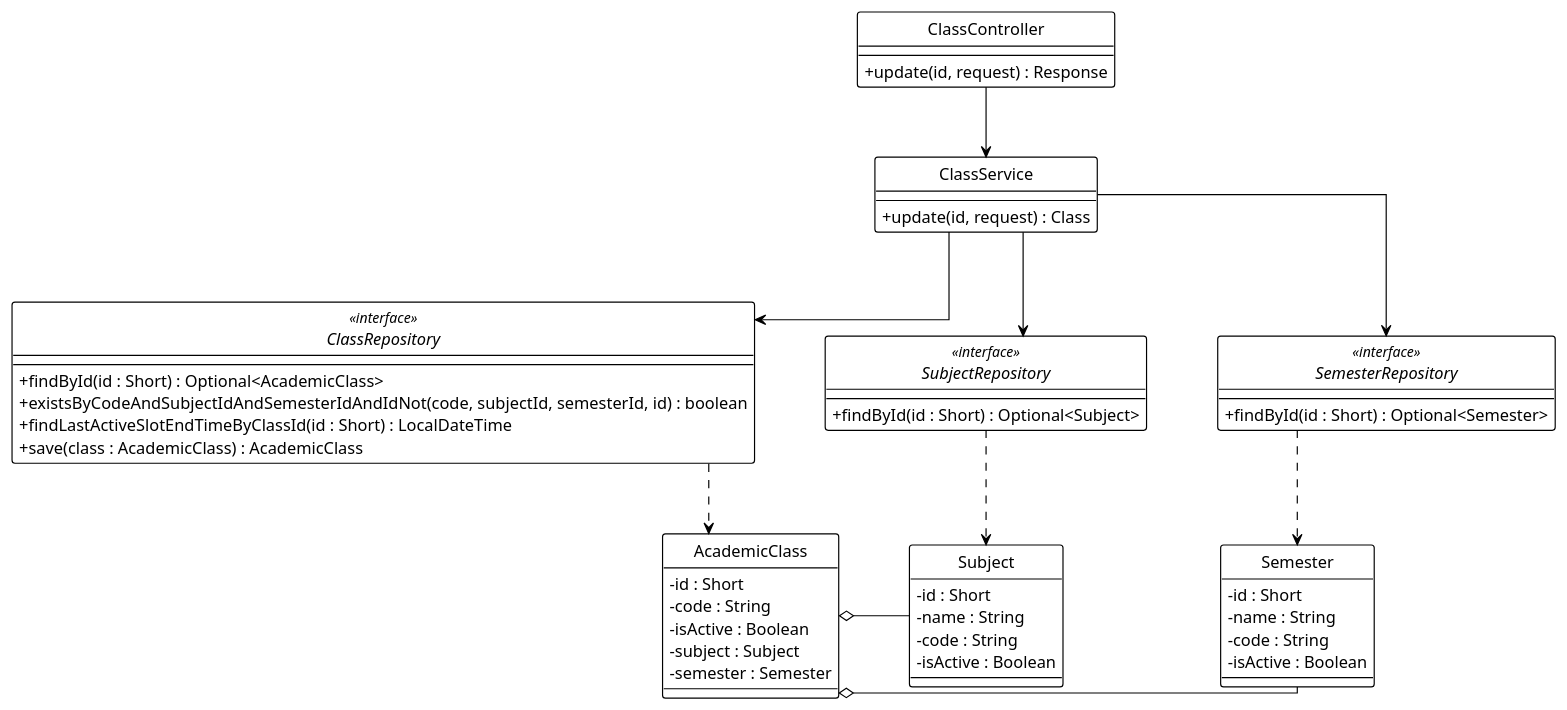
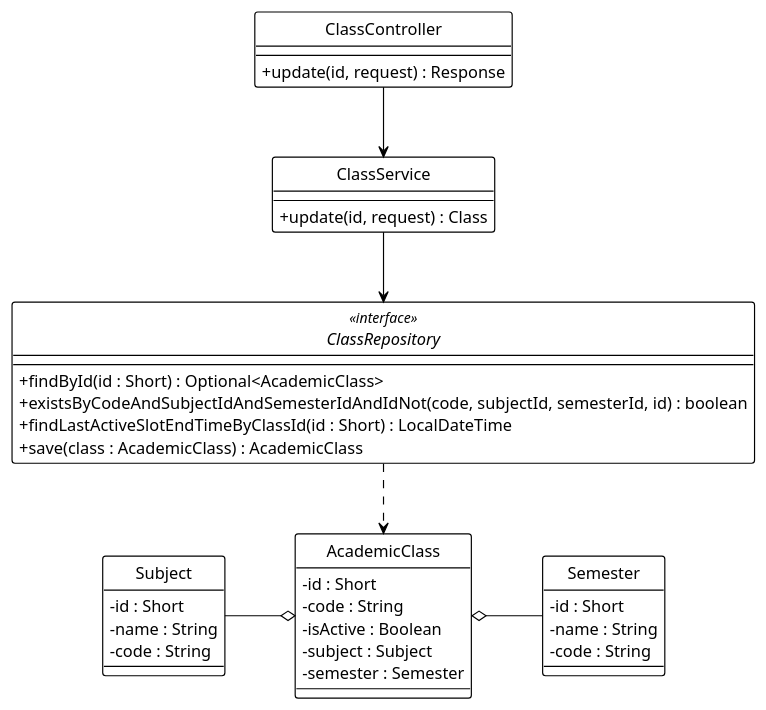
The diagram in system_detailed_design/26_update_class/class_diagram_update_class.puml (Ndh474/context), drawn with PlantUML before and after one commit. The commit also changed 17 other files, not shown here.

```diff
--- a/system_detailed_design/26_update_class/class_diagram_update_class.puml
+++ b/system_detailed_design/26_update_class/class_diagram_update_class.puml
@@ -1,75 +1,61 @@
 @startuml update_class
 !theme plain
 hide circle
 skinparam classAttributeIconSize 0
 
 ' --- CẤU HÌNH "ORTHO" (BẮT BUỘC) ---
 skinparam linetype ortho
 skinparam nodesep 60
 skinparam ranksep 60
 
 ' --- CONTROLLER ---
 class ClassController {
   + update(id, request) : Response
 }
 
 ' --- SERVICE ---
 class ClassService {
   + update(id, request) : Class
 }
 
 ' --- REPOSITORY ---
 interface ClassRepository <<interface>> {
   + findById(id : Short) : Optional<AcademicClass>
   + existsByCodeAndSubjectIdAndSemesterIdAndIdNot(code, subjectId, semesterId, id) : boolean
   + findLastActiveSlotEndTimeByClassId(id : Short) : LocalDateTime
   + save(class : AcademicClass) : AcademicClass
 }
 
-interface SubjectRepository <<interface>> {
-  + findById(id : Short) : Optional<Subject>
-}
-
-interface SemesterRepository <<interface>> {
-  + findById(id : Short) : Optional<Semester>
-}
-
 ' --- ENTITIES ---
 class AcademicClass {
   - id : Short
   - code : String
   - isActive : Boolean
   - subject : Subject
   - semester : Semester
 }
 
 class Subject {
   - id : Short
   - name : String
   - code : String
-  - isActive : Boolean
 }
 
 class Semester {
   - id : Short
   - name : String
   - code : String
-  - isActive : Boolean
 }
 
 ' --- DEPENDENCY INJECTION (Association) ---
 ClassController -down-> ClassService
 ClassService -down-> ClassRepository
-ClassService -down-> SubjectRepository
-ClassService -down-> SemesterRepository
 
 ' --- REPOSITORY USAGE (Dependency) ---
 ClassRepository .down.> AcademicClass
-SubjectRepository .down.> Subject
-SemesterRepository .down.> Semester
 
 ' --- ENTITY RELATIONSHIPS (Aggregation) ---
-AcademicClass o-right- Subject
+AcademicClass o-left- Subject
 AcademicClass o-right- Semester
 
 @enduml
```
